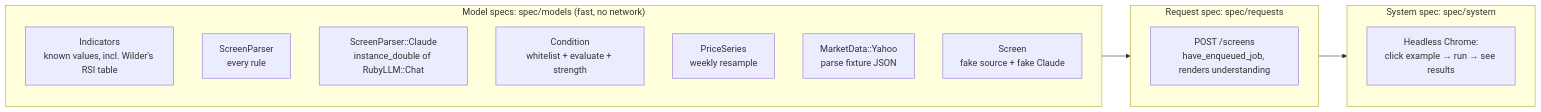
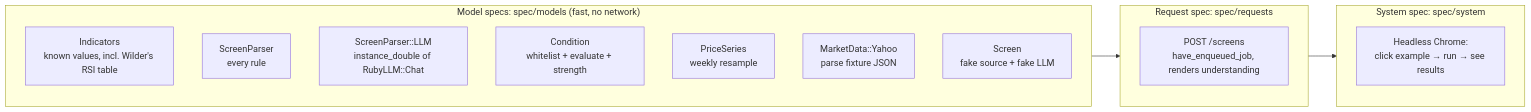
The fifth of 7 diagrams in docs/ARCHITECTURE.md (henryzhangpku/rails-nl-screen), drawn with Mermaid before and after one commit. The commit also changed other lines of this file and 1 other file, not shown here.

Commit message:
Docs: the LLM parser works with any provider, DeepSeek included

````diff
--- a/docs/ARCHITECTURE.md
+++ b/docs/ARCHITECTURE.md
@@ -556,19 +567,19 @@
 ```mermaid
 flowchart LR
   subgraph Models["Model specs: spec/models (fast, no network)"]
     I["Indicators<br/>known values, incl. Wilder's RSI table"]
     PA["ScreenParser<br/>every rule"]
-    CL["ScreenParser::Claude<br/>instance_double of RubyLLM::Chat"]
+    CL["ScreenParser::LLM<br/>instance_double of RubyLLM::Chat"]
     CO["Condition<br/>whitelist + evaluate + strength"]
     PS["PriceSeries<br/>weekly resample"]
     YH["MarketData::Yahoo<br/>parse fixture JSON"]
-    SC["Screen<br/>fake source + fake Claude"]
+    SC["Screen<br/>fake source + fake LLM"]
   end
   subgraph Requests["Request spec: spec/requests"]
     CT["POST /screens<br/>have_enqueued_job, renders understanding"]
   end
   subgraph System["System spec: spec/system"]
     ST["Headless Chrome:<br/>click example → run → see results"]
   end
   Models --> Requests --> System
 ```
````
